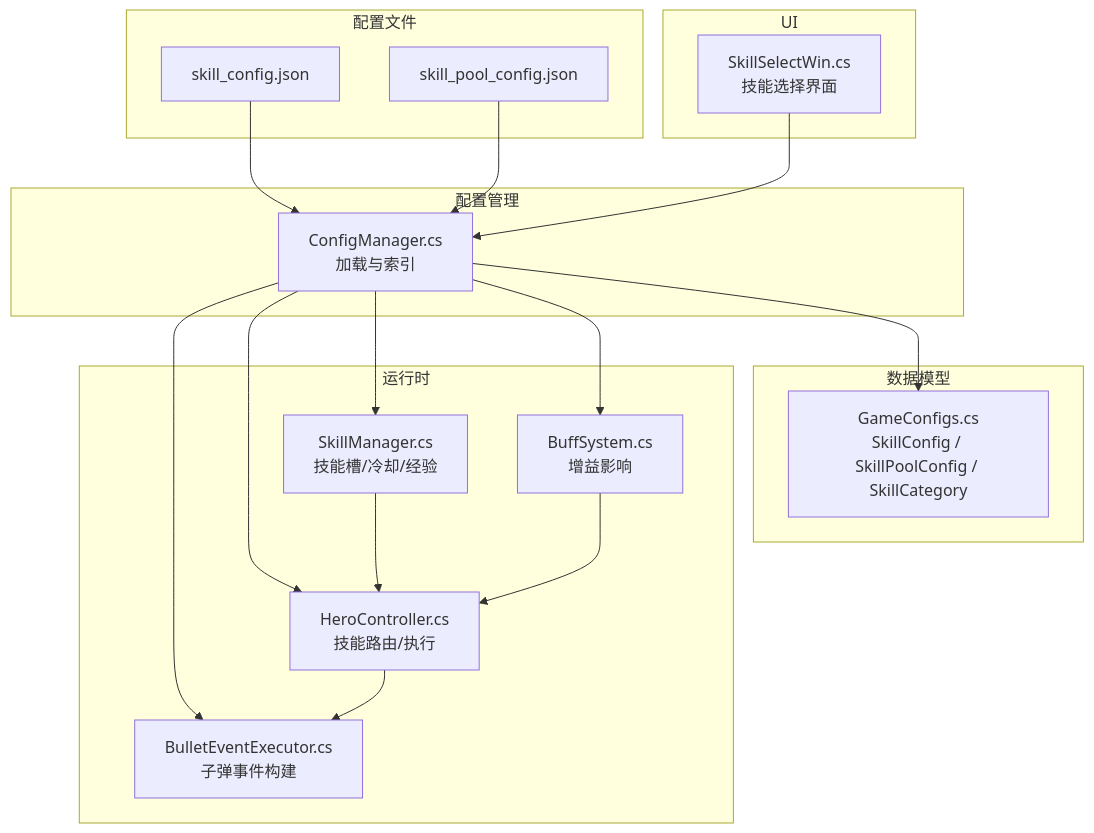
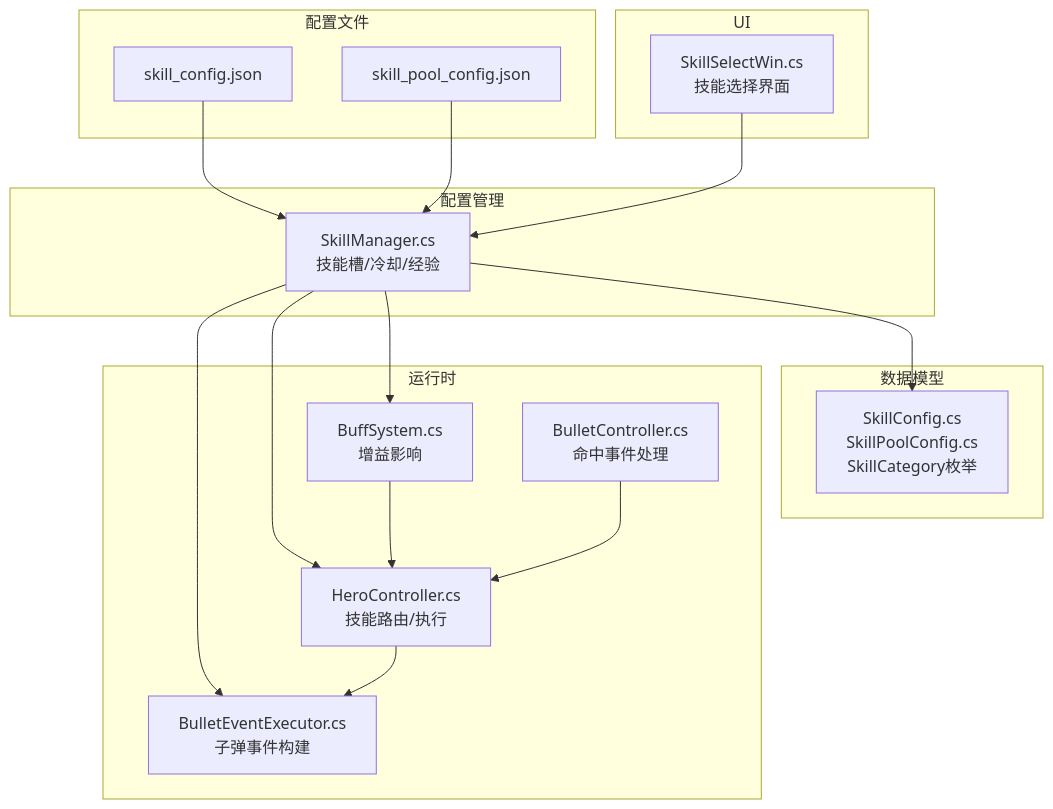
One commit to Tuusen/p1_client changed the first of 4 diagrams in .qoder/repowiki/zh/content/技能系统/技能配置系统.md. Above: the diagram before and after it, drawn with Mermaid. The commit also changed other lines of this file and 13 other files, not shown here.

````diff
--- a/.qoder/repowiki/zh/content/技能系统/技能配置系统.md
+++ b/.qoder/repowiki/zh/content/技能系统/技能配置系统.md
@@ -39,33 +48,32 @@
 ```mermaid
 graph TB
 subgraph "配置文件"
 SC["skill_config.json"]
 SPC["skill_pool_config.json"]
 end
 subgraph "数据模型"
-GC["GameConfigs.cs<br/>SkillConfig / SkillPoolConfig / SkillCategory"]
+GC["SkillConfig.cs<br/>SkillPoolConfig.cs<br/>SkillCategory枚举"]
 end
 subgraph "配置管理"
-CM["ConfigManager.cs<br/>加载与索引"]
+SM["SkillManager.cs<br/>技能槽/冷却/经验"]
 end
 subgraph "运行时"
-SM["SkillManager.cs<br/>技能槽/冷却/经验"]
 HC["HeroController.cs<br/>技能路由/执行"]
 BE["BulletEventExecutor.cs<br/>子弹事件构建"]
 BS["BuffSystem.cs<br/>增益影响"]
+BC["BulletController.cs<br/>命中事件处理"]
 end
 subgraph "UI"
 SW["SkillSelectWin.cs<br/>技能选择界面"]
 end
-SC --> CM
-SPC --> CM
-CM --> GC
-CM --> SM
-CM --> HC
-CM --> BE
-CM --> BS
-SW --> CM
+SC --> SM
+SPC --> SM
+SM --> GC
 SM --> HC
+SM --> BE
+SM --> BS
+SW --> SM
 HC --> BE
 BS --> HC
+BC --> HC
 ```
````
